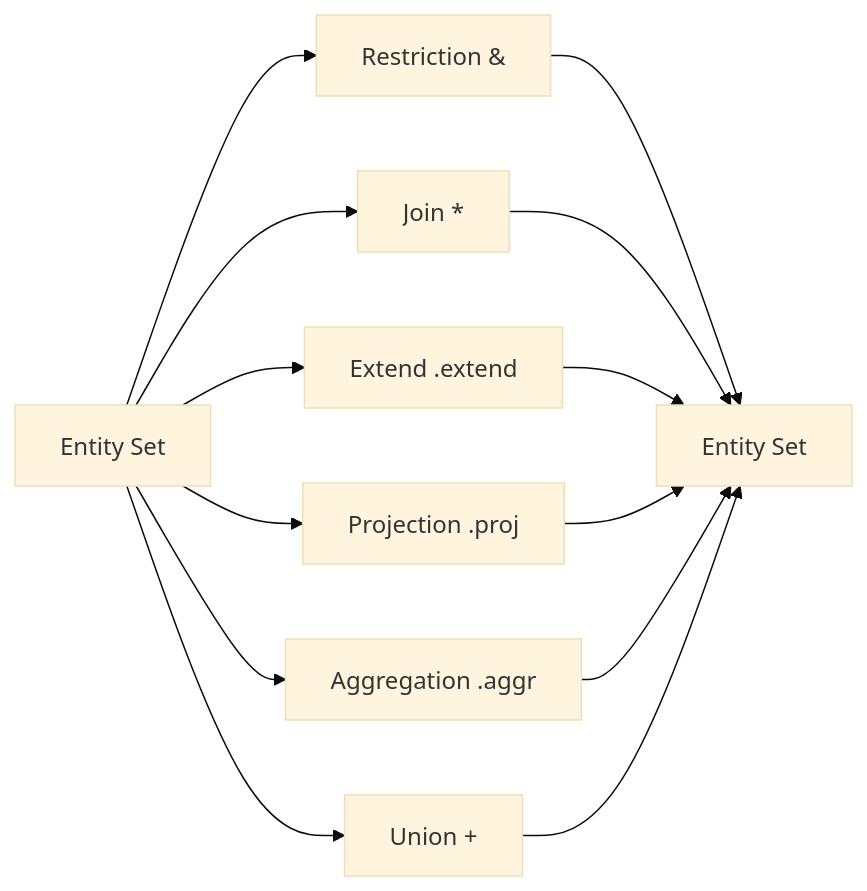
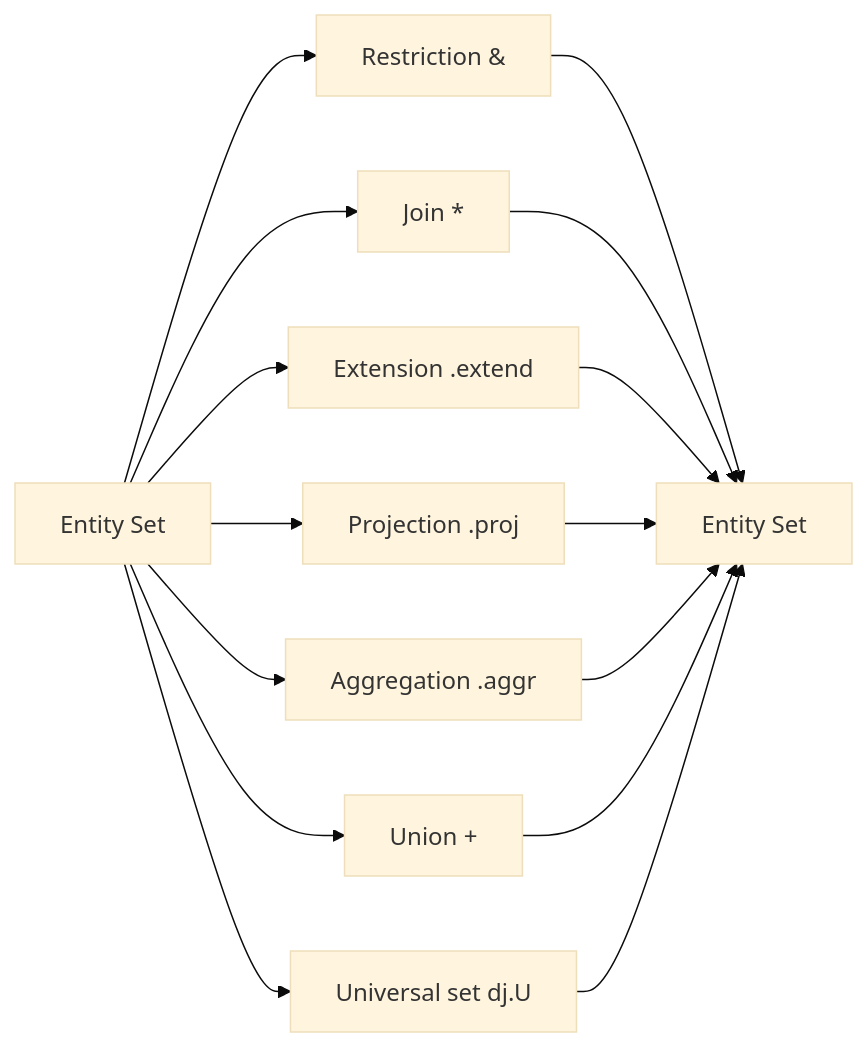
One commit to datajoint/datajoint-docs changed the diagram in src/explanation/query-algebra.md. Above: the diagram before and after it, drawn with Mermaid (base theme). The commit also changed other lines of this file and 7 other files, not shown here.

````diff
--- a/src/explanation/query-algebra.md
+++ b/src/explanation/query-algebra.md
@@ -13,15 +13,17 @@
 ```mermaid
 graph LR
     A[Entity Set] --> R[Restriction &]
     A --> J[Join *]
-    A --> E[Extend .extend]
+    A --> E[Extension .extend]
     A --> P[Projection .proj]
     A --> G[Aggregation .aggr]
     A --> U[Union +]
+    A --> V[Universal set dj.U]
     R --> B[Entity Set]
     J --> B
     E --> B
     P --> B
     G --> B
     U --> B
+    V --> B
 ```
````
